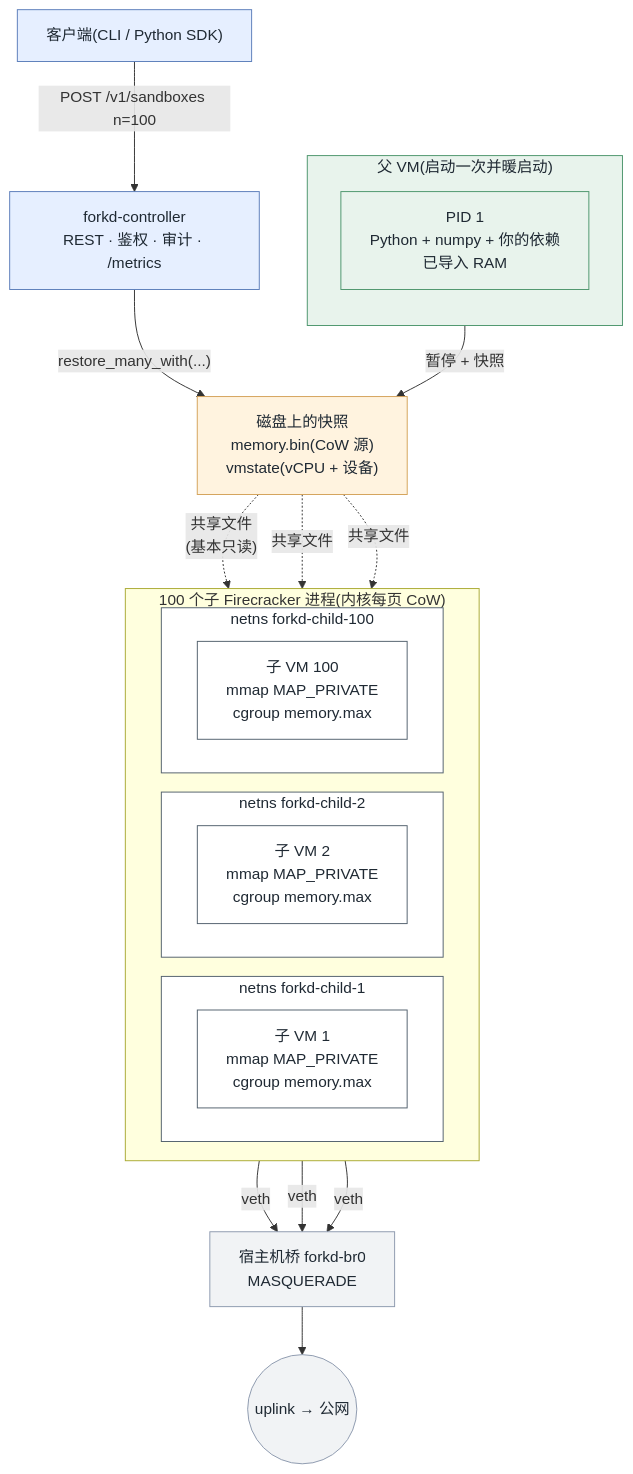
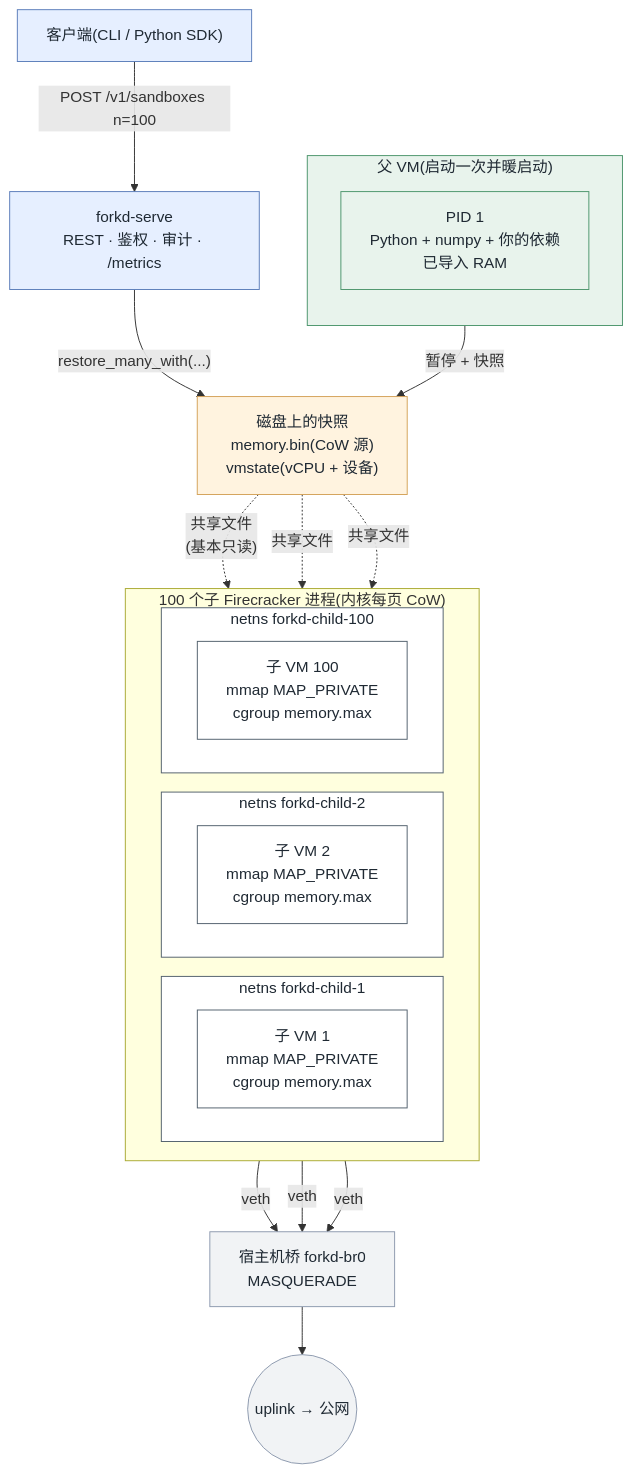
Before and after one commit to deeplethe/forkd: the diagram in README-zh.md, drawn with Mermaid. The commit also changed other lines of this file and 32 other files, not shown here.

First line of the commit message:
feat(core)!: add eval and ping, and remove forkd-controller

````diff
--- a/README-zh.md
+++ b/README-zh.md
@@ -199,50 +199,50 @@
 ```mermaid
 flowchart TB
     %% ─── parent ───────────────────────────────────────────────
     subgraph PARENT["父 VM(启动一次并暖启动)"]
         direction TB
         runtime["PID 1<br/>Python + numpy + 你的依赖<br/>已导入 RAM"]
     end
 
     PARENT -- "暂停 + 快照" --> SNAP["磁盘上的快照<br/>memory.bin(CoW 源)<br/>vmstate(vCPU + 设备)"]
 
     %% ─── controller ───────────────────────────────────────────
-    CLIENT["客户端(CLI / Python SDK)"] -- "POST /v1/sandboxes n=100" --> CTL["forkd-controller<br/>REST · 鉴权 · 审计 · /metrics"]
+    CLIENT["客户端(CLI / Python SDK)"] -- "POST /v1/sandboxes n=100" --> CTL["forkd-serve<br/>REST · 鉴权 · 审计 · /metrics"]
     CTL -- "restore_many_with(...)" --> SNAP
 
     %% ─── children ─────────────────────────────────────────────
     subgraph CHILDREN["100 个子 Firecracker 进程(内核每页 CoW)"]
         direction LR
         subgraph NS1["netns forkd-child-1"]
             C1["子 VM 1<br/>mmap MAP_PRIVATE<br/>cgroup memory.max"]
         end
         subgraph NS2["netns forkd-child-2"]
             C2["子 VM 2<br/>mmap MAP_PRIVATE<br/>cgroup memory.max"]
         end
         subgraph NSN["netns forkd-child-100"]
             CN["子 VM 100<br/>mmap MAP_PRIVATE<br/>cgroup memory.max"]
         end
     end
 
     SNAP -. "共享文件<br/>(基本只读)" .-> C1
     SNAP -. "共享文件" .-> C2
     SNAP -. "共享文件" .-> CN
 
     %% ─── network ──────────────────────────────────────────────
     C1 -- "veth" --> BR["宿主机桥 forkd-br0<br/>MASQUERADE"]
     C2 -- "veth" --> BR
     CN -- "veth" --> BR
     BR --> UPLINK(("uplink → 公网"))
 
     %% styling
     classDef parent fill:#e8f3ec,stroke:#4c956c,color:#1f2933;
     classDef snap   fill:#fff3df,stroke:#d4a259,color:#1f2933;
     classDef ctl    fill:#e6efff,stroke:#5b7dba,color:#1f2933;
     classDef child  fill:#ffffff,stroke:#52606d,color:#1f2933;
     classDef net    fill:#f1f3f5,stroke:#8d99ae,color:#1f2933;
     class PARENT,runtime parent;
     class SNAP snap;
     class CTL,CLIENT ctl;
     class NS1,NS2,NSN,C1,C2,CN child;
     class BR,UPLINK net;
 ```
````
